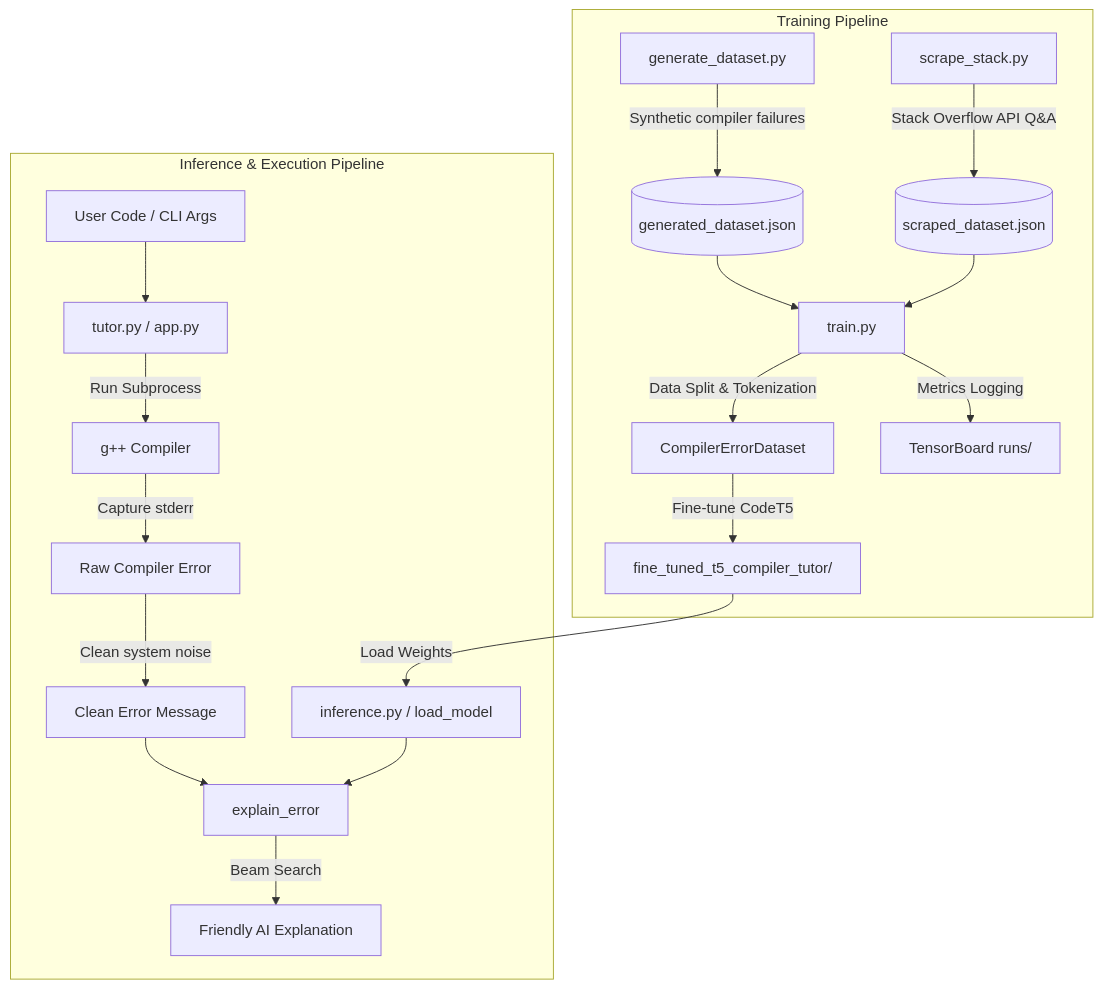
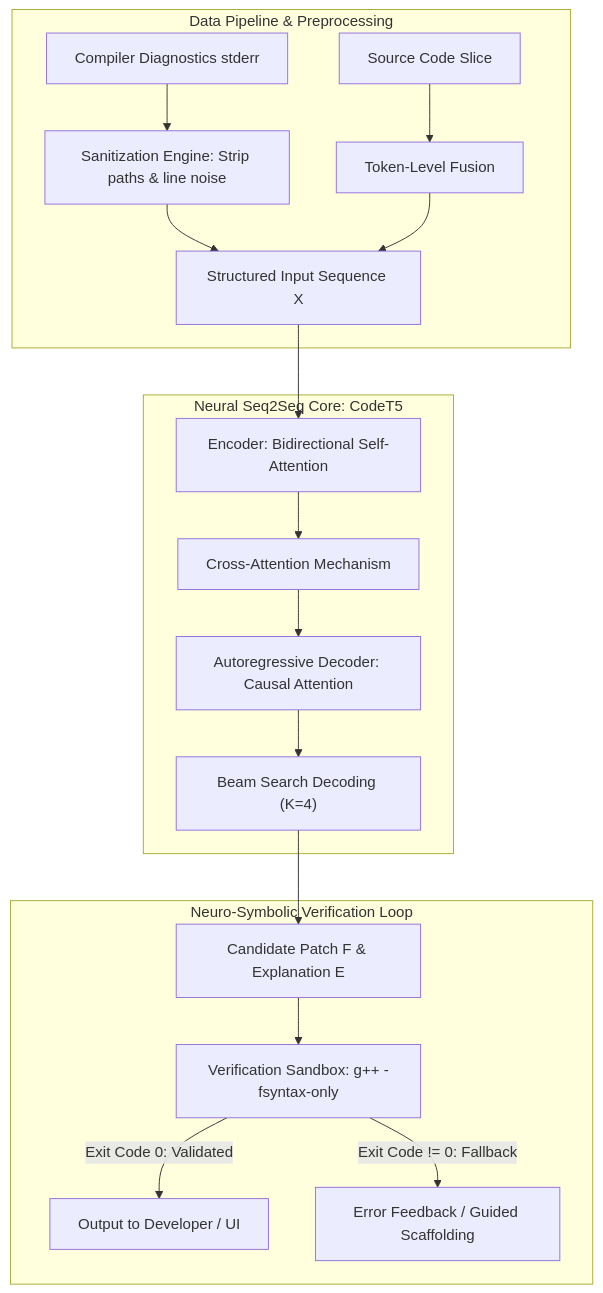
The diagram in architecture_guide.md (rahul21-7/TOACD-Compiler-Error-Message-Rewriting-AI-Tutor-), drawn with Mermaid before and after one commit. The commit also changed other lines of this file and 12 other files, not shown here.

````diff
--- a/architecture_guide.md
+++ b/architecture_guide.md
@@ -23,21 +11,22 @@
 ```mermaid
 graph TD
-    subgraph Training Pipeline
-        A[generate_dataset.py] -->|Synthetic compiler failures| B[(generated_dataset.json)]
-        C[scrape_stack.py] -->|Stack Overflow API Q&A| D[(scraped_dataset.json)]
-        B & D --> E[train.py]
-        E -->|Data Split & Tokenization| F[CompilerErrorDataset]
-        F -->|Fine-tune CodeT5| G[fine_tuned_t5_compiler_tutor/]
-        E -->|Metrics Logging| H[TensorBoard runs/]
+    subgraph Data Pipeline & Preprocessing
+        A[Compiler Diagnostics stderr] --> B[Sanitization Engine: Strip paths & line noise]
+        C[Source Code Slice] --> D[Token-Level Fusion]
+        B & D --> E["Structured Input Sequence X"]
     end
 
-    subgraph Inference & Execution Pipeline
-        I[User Code / CLI Args] --> J[tutor.py / app.py]
-        J -->|Run Subprocess| K[g++ Compiler]
-        K -->|Capture stderr| L[Raw Compiler Error]
-        L -->|Clean system noise| M[Clean Error Message]
-        G -->|Load Weights| N[inference.py / load_model]
-        M & N --> O[explain_error]
-        O -->|Beam Search| P[Friendly AI Explanation]
+    subgraph Neural Seq2Seq Core: CodeT5
+        E --> F[Encoder: Bidirectional Self-Attention]
+        F --> G[Cross-Attention Mechanism]
+        G --> H[Autoregressive Decoder: Causal Attention]
+        H --> I["Beam Search Decoding (K=4)"]
+    end
+
+    subgraph Neuro-Symbolic Verification Loop
+        I --> J[Candidate Patch F & Explanation E]
+        J --> K["Verification Sandbox: g++ -fsyntax-only"]
+        K -->|Exit Code 0: Validated| L[Output to Developer / UI]
+        K -->|Exit Code != 0: Fallback| M[Error Feedback / Guided Scaffolding]
     end
 ```
````
